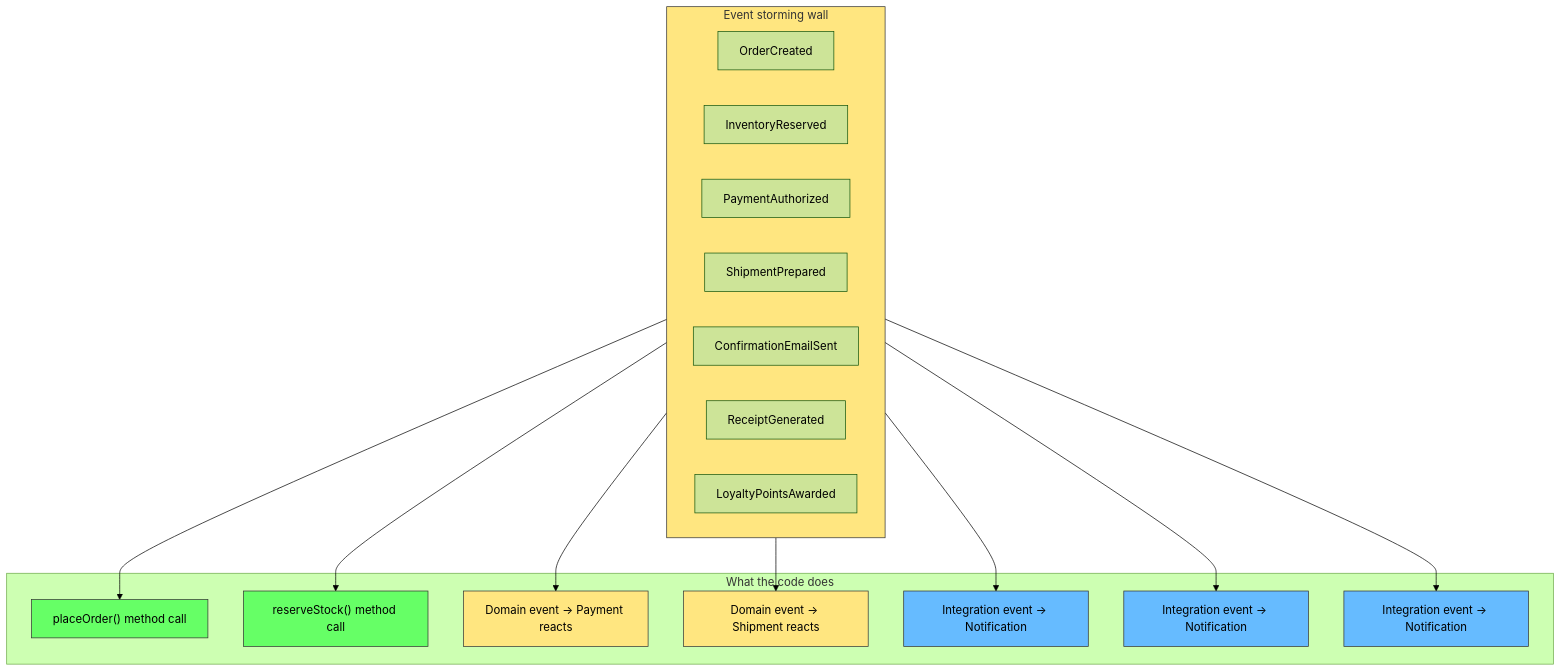
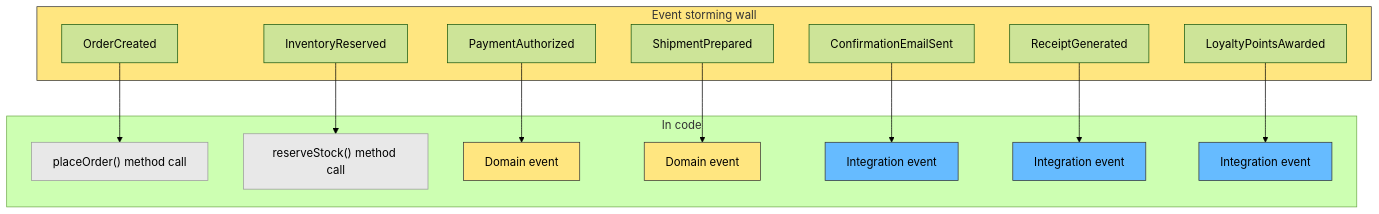
One commit to labeebahmad201/knowledge-base changed the third of 4 diagrams in docs/software-engineering/events-are-discovery-not-code.md. Above: the diagram before and after it, drawn with Mermaid (forest theme). The commit also changed other lines of this file, not shown here.

Commit message:
rewrite: concise opening with event storming diagram

````diff
--- a/docs/software-engineering/events-are-discovery-not-code.md
+++ b/docs/software-engineering/events-are-discovery-not-code.md
@@ -76,36 +57,36 @@
 ```mermaid
 graph TD
-    subgraph Workshop["Event storming wall"]
+    subgraph Wall["Event storming wall"]
         W1["OrderCreated"]
         W2["InventoryReserved"]
         W3["PaymentAuthorized"]
         W4["ShipmentPrepared"]
         W5["ConfirmationEmailSent"]
         W6["ReceiptGenerated"]
         W7["LoyaltyPointsAwarded"]
     end
-    subgraph Code["What the code does"]
+    subgraph Code["In code"]
         C1["placeOrder() method call"]
         C2["reserveStock() method call"]
-        C3["Domain event → Payment reacts"]
-        C4["Domain event → Shipment reacts"]
-        C5["Integration event → Notification"]
-        C6["Integration event → Notification"]
-        C7["Integration event → Notification"]
+        C3["Domain event"]
+        C4["Domain event"]
+        C5["Integration event"]
+        C6["Integration event"]
+        C7["Integration event"]
     end
-    Workshop --> C1
-    Workshop --> C2
-    Workshop --> C3
-    Workshop --> C4
-    Workshop --> C5
-    Workshop --> C6
-    Workshop --> C7
-    style Workshop fill:#ffe680,stroke:#333
-    style C1 fill:#6f6,stroke:#333
-    style C2 fill:#6f6,stroke:#333
+    W1 --> C1
+    W2 --> C2
+    W3 --> C3
+    W4 --> C4
+    W5 --> C5
+    W6 --> C6
+    W7 --> C7
+    style Wall fill:#ffe680,stroke:#333
+    style C1 fill:#e8e8e8,stroke:#999
+    style C2 fill:#e8e8e8,stroke:#999
     style C3 fill:#ffe680,stroke:#333
     style C4 fill:#ffe680,stroke:#333
     style C5 fill:#6bf,stroke:#333
     style C6 fill:#6bf,stroke:#333
     style C7 fill:#6bf,stroke:#333
 ```
````
